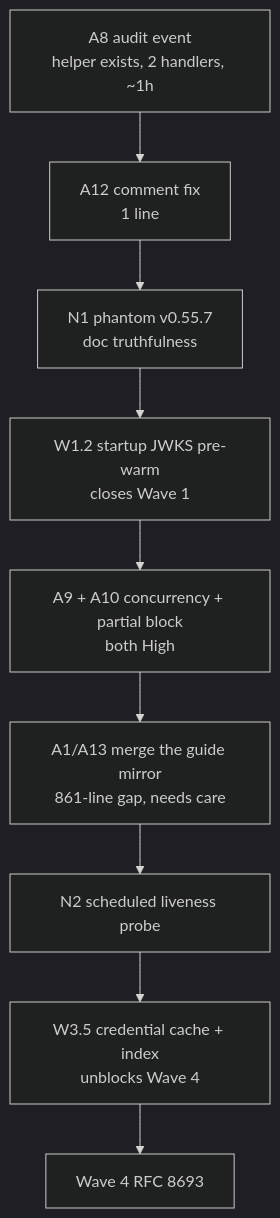
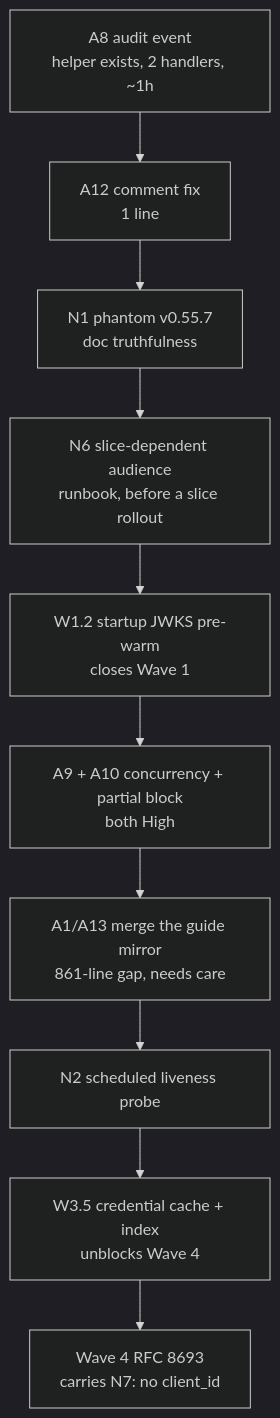
The diagram in docs/auth/REMAINING_WORK_REGISTER.md (pranems/SCIMServer), drawn with Mermaid (dark theme) before and after one commit. The commit also changed other lines of this file and 1 other file, not shown here.

````diff
--- a/docs/auth/REMAINING_WORK_REGISTER.md
+++ b/docs/auth/REMAINING_WORK_REGISTER.md
@@ -193,11 +271,12 @@
 ```mermaid
 flowchart TD
     A["A8 audit event<br/>helper exists, 2 handlers, ~1h"] --> B["A12 comment fix<br/>1 line"]
     B --> C["N1 phantom v0.55.7<br/>doc truthfulness"]
-    C --> D["W1.2 startup JWKS pre-warm<br/>closes Wave 1"]
+    C --> N6["N6 slice-dependent audience<br/>runbook, before a slice rollout"]
+    N6 --> D["W1.2 startup JWKS pre-warm<br/>closes Wave 1"]
     D --> E["A9 + A10 concurrency + partial block<br/>both High"]
     E --> F["A1/A13 merge the guide mirror<br/>861-line gap, needs care"]
     F --> G["N2 scheduled liveness probe"]
     G --> H["W3.5 credential cache + index<br/>unblocks Wave 4"]
-    H --> I["Wave 4 RFC 8693"]
+    H --> I["Wave 4 RFC 8693<br/>carries N7: no client_id"]
 ```
````
